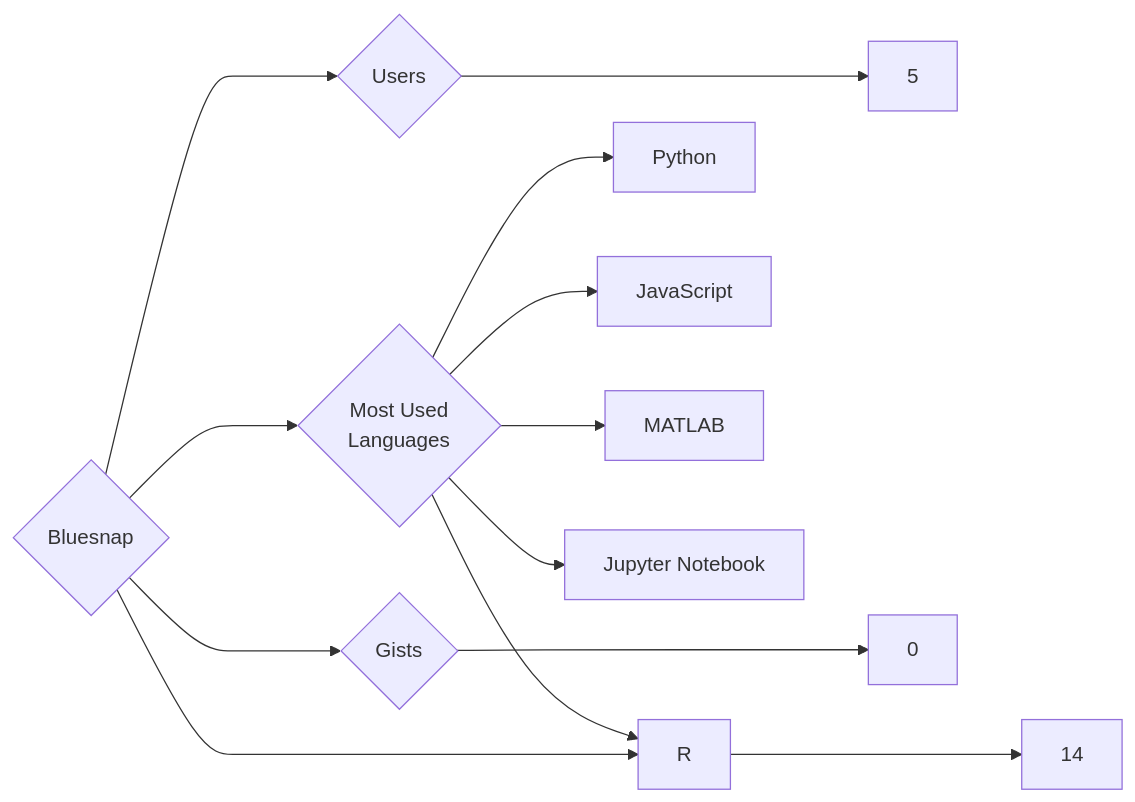
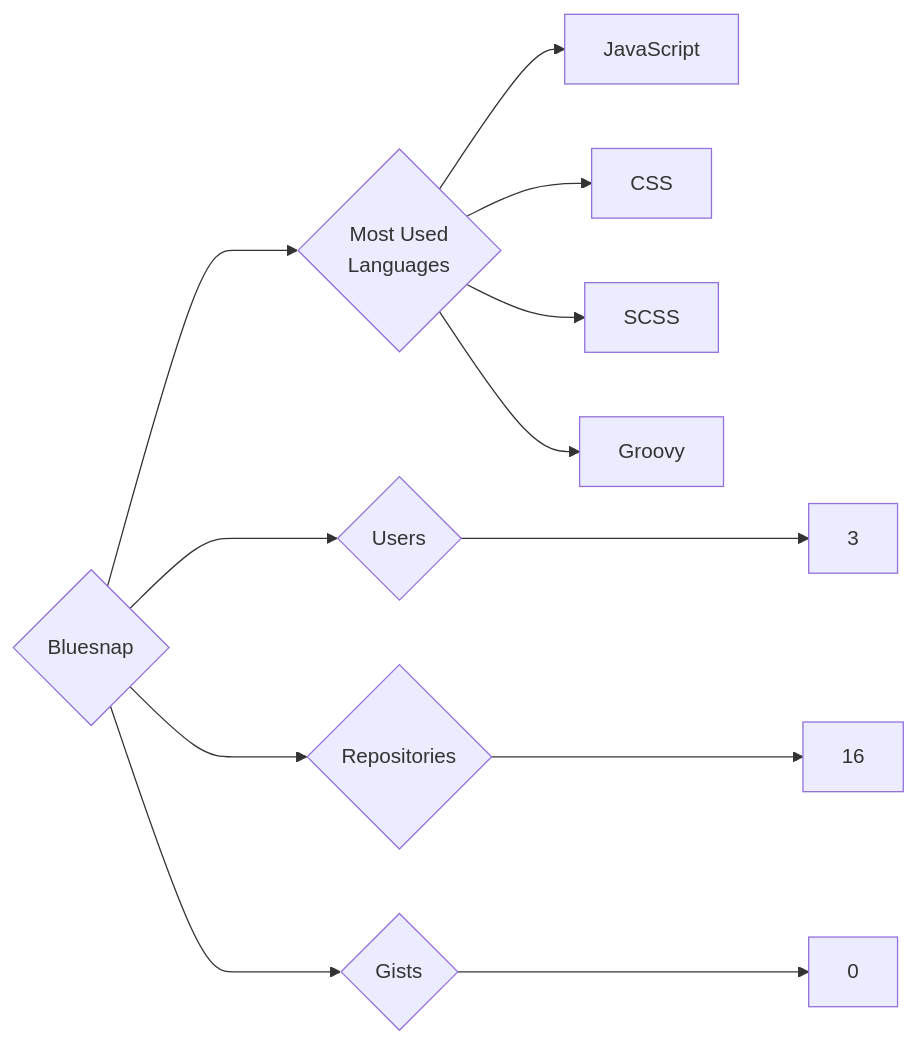
The diagram in targets/Bluesnap/README.md (trickest/insiders), drawn with Mermaid before and after one commit. The commit also changed 845 other files, not shown here.

````diff
--- a/targets/Bluesnap/README.md
+++ b/targets/Bluesnap/README.md
@@ -3,13 +3,12 @@
 ```mermaid
 graph LR
 COMPANY_NAME{Bluesnap}
-COMPANY_NAME ---> U{Users} ---> UN[5]
-COMPANY_NAME ---> R{Repositories} ---> RN[14]
+COMPANY_NAME ---> U{Users} ---> UN[3]
+COMPANY_NAME ---> R{Repositories} ---> RN[16]
 COMPANY_NAME ---> G{Gists} ---> GN[0]
 COMPANY_NAME ---> ML{Most Used<br>Languages}
-ML --> Python[Python]
 ML --> JavaScript[JavaScript]
-ML --> R[R]
-ML --> MATLAB[MATLAB]
-ML --> Jupyter_Notebook[Jupyter Notebook]
+ML --> CSS[CSS]
+ML --> SCSS[SCSS]
+ML --> Groovy[Groovy]
 ```
````
